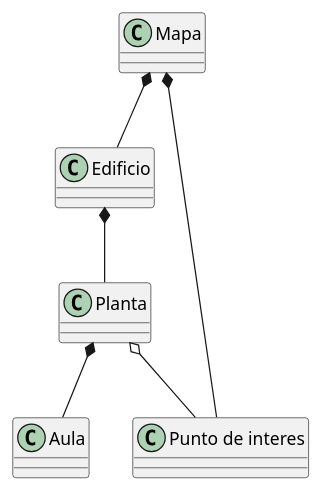
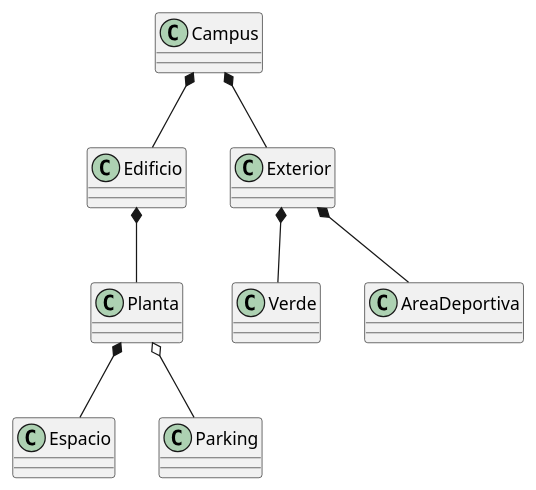
Before and after one commit to Camila-Lesly/25-26-idsw1-sdr: the diagram in documentos/modeloDeDominio/DiagramaDeClases/diagramaDeClases.puml, drawn with PlantUML. The commit also changed 1 other file, not shown here.

Commit message:
docs: update class diagram after second session

```diff
--- a/documentos/modeloDeDominio/DiagramaDeClases/diagramaDeClases.puml
+++ b/documentos/modeloDeDominio/DiagramaDeClases/diagramaDeClases.puml
@@ -1,16 +1,21 @@
 @startuml
 
-class Mapa
+class Campus
 class Edificio
+class Exterior
 class Planta
-class Aula
-class "Punto de interes"
-
-Mapa  *-- Edificio
-Mapa *-- "Punto de interes"
-Edificio *-- Planta
-Planta  *-- Aula
-Planta o--  "Punto de interes"
+class Espacio
+class Parking
+class Verde
+class AreaDeportiva
 
 
+Campus  *-- Edificio
+Campus  *-- Exterior
+Edificio *-- Planta
+Planta  *-- Espacio
+Planta o-- Parking
+Exterior *-- Verde
+Exterior *-- AreaDeportiva
+
 @enduml
```
